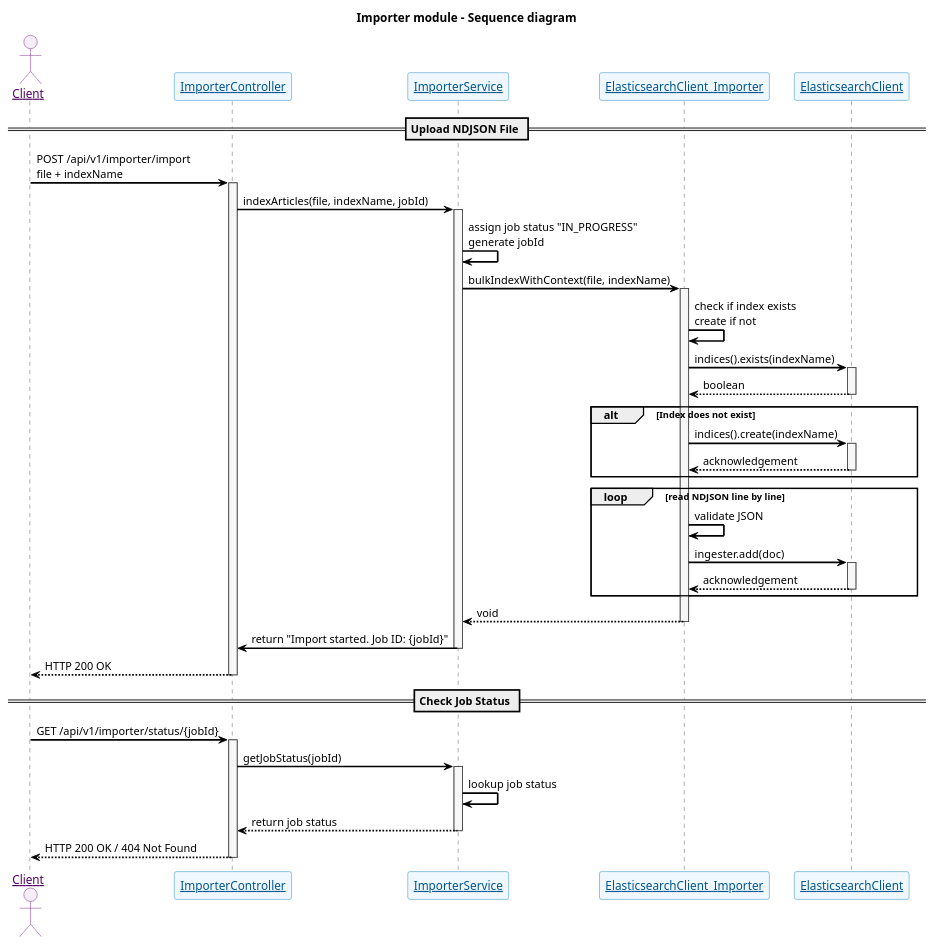
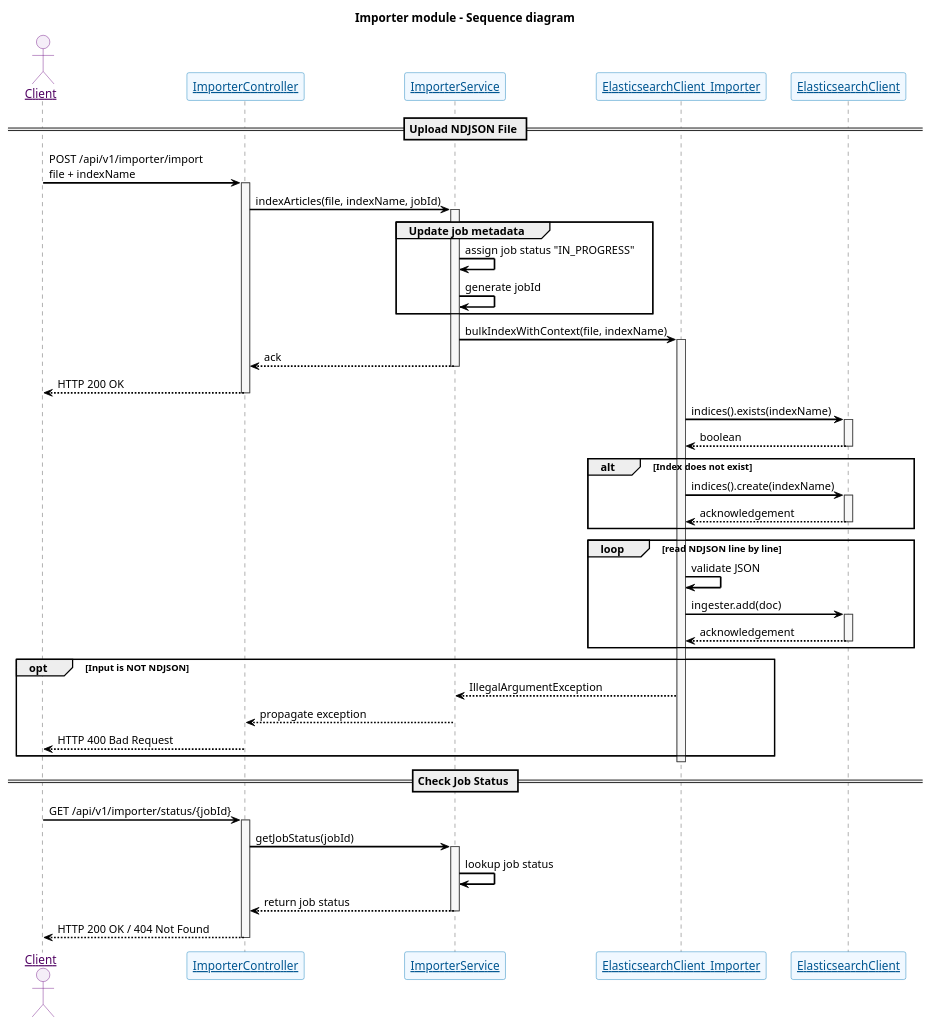
Before and after one commit to esspadoo/microservices-web-app: the diagram in documentation/Immagini presentazione/4+1 view model/Process_behaviour_view/Sequence_diagram/importer_sequenceDiagram.plantuml, drawn with PlantUML. The commit also changed 7 other files, not shown here.

Commit message:
Updated sequence diagrams

```diff
--- a/documentation/Immagini presentazione/4+1 view model/Process_behaviour_view/Sequence_diagram/importer_sequenceDiagram.plantuml
+++ b/documentation/Immagini presentazione/4+1 view model/Process_behaviour_view/Sequence_diagram/importer_sequenceDiagram.plantuml
@@ -1,104 +1,111 @@
 @startuml
 
 skinparam sequenceParticipant underline 
 skinparam {
   ' Overall style
   FontSize 14
 
   ' Colors
   ArrowColor #000000
   ArrowFontColor #000000
   BackgroundColor #FFFFFF
   BorderColor #DEDEDE
   FontColor #333333
 
   ' Participant styling
   Participant {
     BorderColor #0077B6
     BackgroundColor #F0F8FF
     FontColor #005691
   }
 
   ' Actor styling
   Actor {
     BorderColor #6A057F
     BackgroundColor #F5EEF8
     FontColor #510363
   }
 
   ' Sequence specific
   Sequence {
     ArrowThickness 2
     LifeLineBorderColor #444444
     LifeLineBackgroundColor #F7F7F7
     BoxBorderColor #AAAAAA
     BoxBackgroundColor #FFFFFF
     BoxFontColor #333333
   }
 }
 title Importer module - Sequence diagram
 
 actor Client
 
 participant "ImporterController" as Controller
 participant "ImporterService" as Service
 participant "ElasticsearchClient_Importer" as Importer
 participant "ElasticsearchClient" as ESClient
 
 
 == Upload NDJSON File ==
 Client -> Controller : POST /api/v1/importer/import\nfile + indexName
 activate Controller
 
 Controller -> Service : indexArticles(file, indexName, jobId)
 activate Service
-Service -> Service : assign job status "IN_PROGRESS"\ngenerate jobId
+
+group Update job metadata
+    Service -> Service : assign job status "IN_PROGRESS"
+    Service -> Service : generate jobId
+end
 
 Service -> Importer : bulkIndexWithContext(file, indexName)
 activate Importer
-Importer -> Importer : check if index exists\ncreate if not
+
+Service --> Controller : ack
+deactivate Service
+
+Controller --> Client : HTTP 200 OK
+deactivate Controller
 
 Importer -> ESClient : indices().exists(indexName)
 activate ESClient
 ESClient --> Importer : boolean
 deactivate ESClient
 
 alt Index does not exist
     Importer -> ESClient : indices().create(indexName)
     activate ESClient
     ESClient --> Importer : acknowledgement
     deactivate ESClient
 end
 
 loop read NDJSON line by line
     Importer -> Importer : validate JSON
     Importer -> ESClient : ingester.add(doc)
 
     activate ESClient
     ESClient --> Importer : acknowledgement
     deactivate ESClient
 end
-Importer --> Service: void
 
-
+opt Input is NOT NDJSON
+    Importer --> Service : IllegalArgumentException
+    Service --> Controller : propagate exception
+    Controller --> Client : HTTP 400 Bad Request
+end
 deactivate Importer
-Service -> Controller : return "Import started. Job ID: {jobId}"
-deactivate Service
-
-Controller --> Client : HTTP 200 OK
-deactivate Controller
 
 == Check Job Status ==
 Client -> Controller : GET /api/v1/importer/status/{jobId}
 activate Controller
 
 Controller -> Service : getJobStatus(jobId)
 activate Service
 Service -> Service : lookup job status
 
 Service --> Controller : return job status
 deactivate Service
 
 Controller --> Client : HTTP 200 OK / 404 Not Found
 deactivate Controller
 @enduml
```
